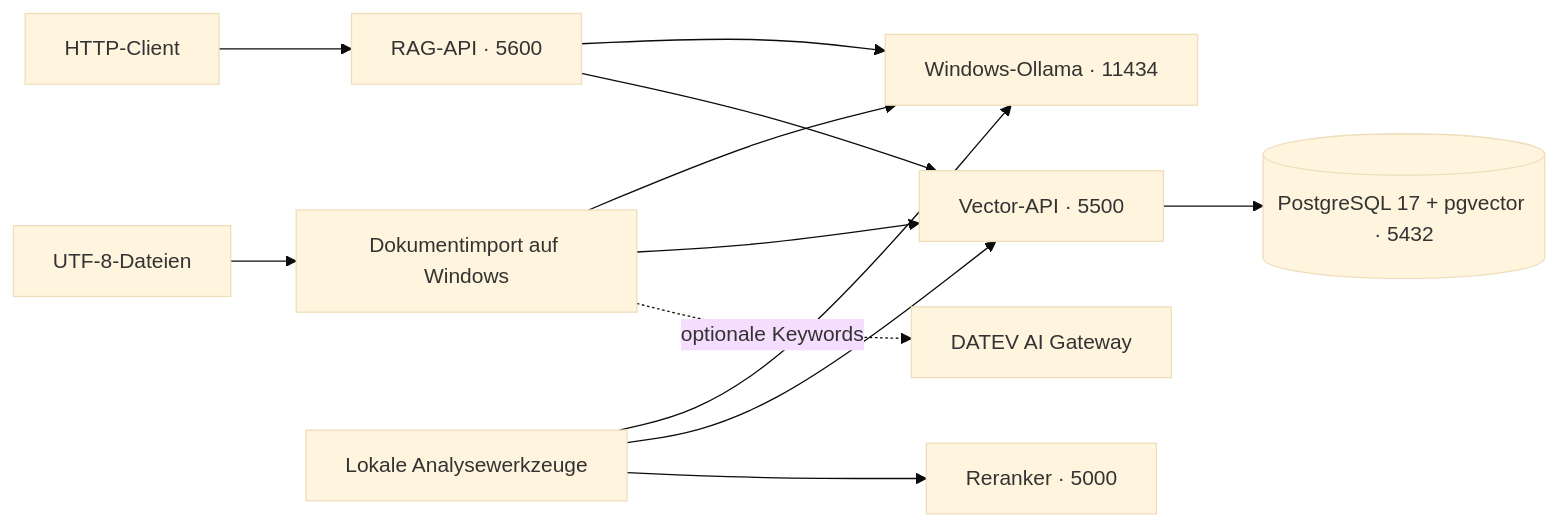
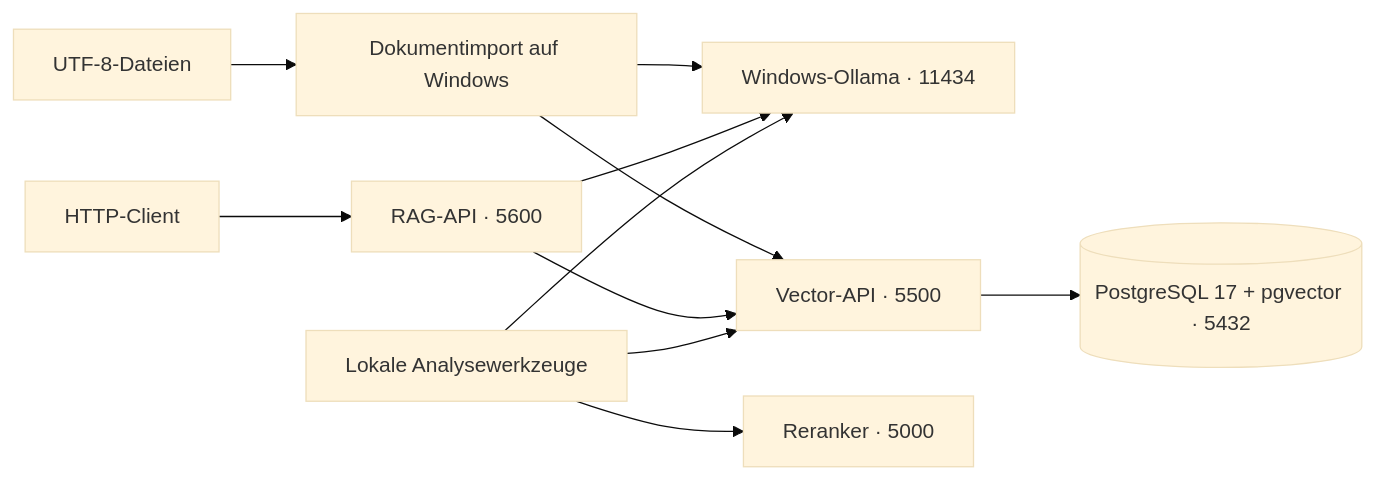
Before and after one commit to WolfgangNiebuhr/roemerrag: the diagram in docs/5-bausteinsicht.md, drawn with Mermaid (base theme). The commit also changed other lines of this file and 7 other files, not shown here.

Commit message:
Tests für ingest, alte Gateway-Varianten entfernt

````diff
--- a/docs/5-bausteinsicht.md
+++ b/docs/5-bausteinsicht.md
@@ -21,14 +20,13 @@
 ```mermaid
 flowchart LR
     client[HTTP-Client] --> rag[RAG-API · 5600]
     files[UTF-8-Dateien] --> ingest[Dokumentimport auf Windows]
     ingest --> ollama[Windows-Ollama · 11434]
     ingest --> vector[Vector-API · 5500]
     rag --> ollama
     rag --> vector
     vector --> db[(PostgreSQL 17 + pgvector · 5432)]
     tools[Lokale Analysewerkzeuge] --> ollama
     tools --> vector
     tools --> rerank[Reranker · 5000]
-    ingest -. optionale Keywords .-> gateway[DATEV AI Gateway]
 ```
````
